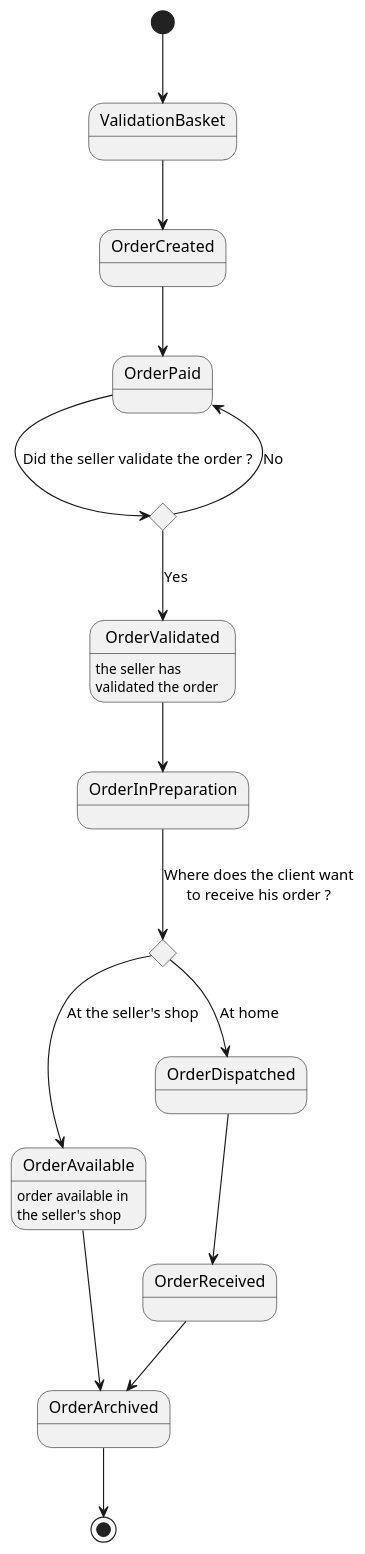
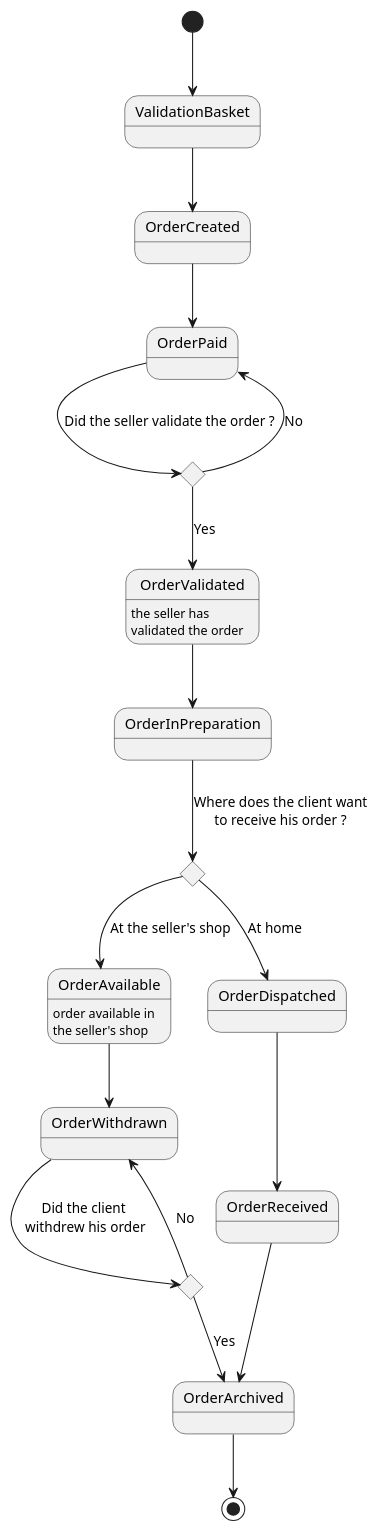
One commit to AnnaMasante/Mercat changed the diagram in src/StateDiagramOrderTraitement.puml. Above: the diagram before and after it, drawn with PlantUML.

```diff
--- a/src/StateDiagramOrderTraitement.puml
+++ b/src/StateDiagramOrderTraitement.puml
@@ -1,22 +1,26 @@
 @startuml
 scale 350 width
 [*] --> ValidationBasket
 ValidationBasket --> OrderCreated
 OrderCreated-->OrderPaid
 state a<<choice>>
 OrderPaid-->a : Did the seller validate the order ?
 a-->OrderValidated : Yes
 a-->OrderPaid : No
 OrderValidated : the seller has\nvalidated the order
 
 OrderValidated-->OrderInPreparation
 state c <<choice>>
 OrderInPreparation --> c : Where does the client want\nto receive his order ?
 c-->OrderAvailable : At the seller's shop
 OrderAvailable : order available in\nthe seller's shop
-OrderAvailable --> OrderArchived
+OrderAvailable --> OrderWithdrawn
 c-->OrderDispatched : At home
+state d <<choice>>
+OrderWithdrawn --> d : Did the client\n withdrew his order
+d-->OrderArchived : Yes
+d-->OrderWithdrawn : No
 OrderDispatched-->OrderReceived
 OrderReceived-->OrderArchived
 OrderArchived-->[*]
 @enduml
```
